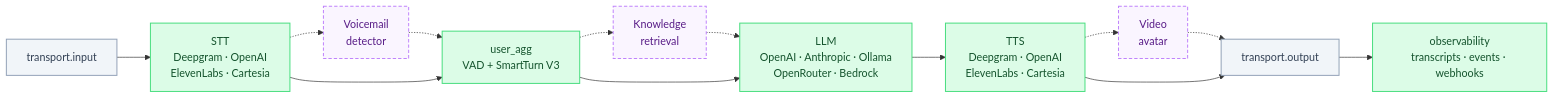
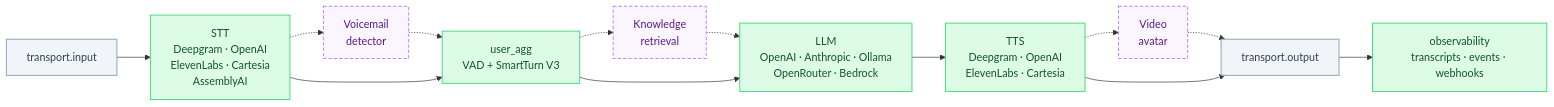
The third of 6 diagrams in docs/architecture.mdx (kobikis/turncall), drawn with Mermaid before and after one commit. The commit also changed 20 other files, not shown here.

First line of the commit message:
feat: AssemblyAI Universal-Streaming STT provider (#203)

````diff
--- a/docs/architecture.mdx
+++ b/docs/architecture.mdx
@@ -100,24 +100,24 @@
 ```mermaid
 flowchart LR
-    IN["transport.input"] --> STT["STT<br/>Deepgram · OpenAI<br/>ElevenLabs · Cartesia"]
+    IN["transport.input"] --> STT["STT<br/>Deepgram · OpenAI<br/>ElevenLabs · Cartesia<br/>AssemblyAI"]
     STT -.-> VM["Voicemail<br/>detector"]
     VM -.-> TURN
     STT --> TURN["user_agg<br/>VAD + SmartTurn V3"]
     TURN -.-> KB["Knowledge<br/>retrieval"]
     KB -.-> LLM
     TURN --> LLM["LLM<br/>OpenAI · Anthropic · Ollama<br/>OpenRouter · Bedrock"]
     LLM --> TTS["TTS<br/>Deepgram · OpenAI<br/>ElevenLabs · Cartesia"]
     TTS -.-> AV["Video<br/>avatar"]
     AV -.-> OUT
     TTS --> OUT["transport.output"]
     OUT --> OBS["observability<br/>transcripts · events · webhooks"]
 
     classDef client fill:#dbeafe,stroke:#60a5fa,stroke-width:1.5px,color:#1e3a8a
     classDef vendor fill:#f1f5f9,stroke:#94a3b8,stroke-width:1.5px,color:#334155
     classDef core fill:#dcfce7,stroke:#4ade80,stroke-width:1.5px,color:#14532d
     classDef store fill:#fef3c7,stroke:#fbbf24,stroke-width:1.5px,color:#78350f
     classDef optional fill:#faf5ff,stroke:#c084fc,stroke-width:1.5px,color:#581c87,stroke-dasharray:5 3
     class IN,OUT vendor
     class STT,TURN,LLM,TTS,OBS core
     class VM,KB,AV optional
 ```
````
